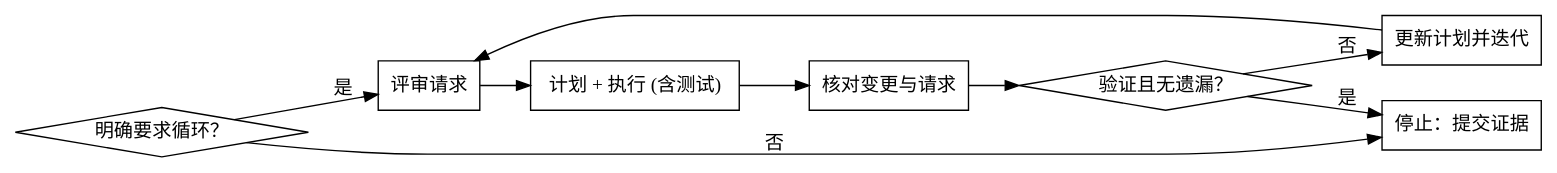
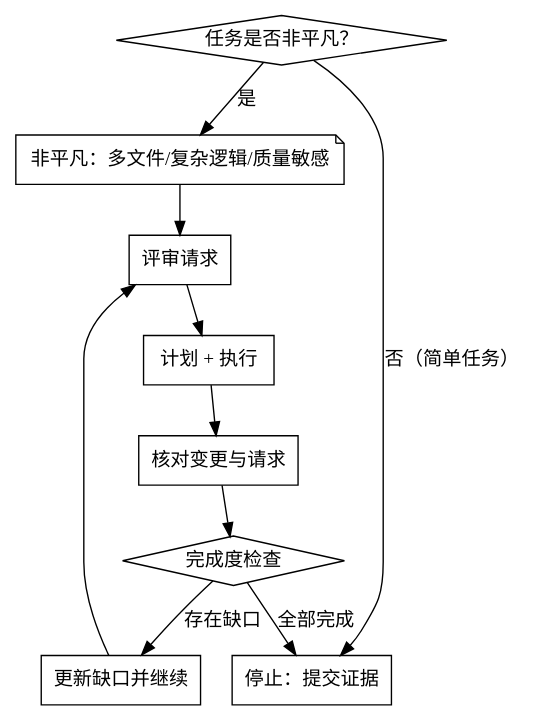
The diagram in skills/loop-until-done/SKILL.md (dacheng-gao/ai), drawn with Graphviz before and after one commit. The commit also changed other lines of this file, not shown here.

````diff
--- a/skills/loop-until-done/SKILL.md
+++ b/skills/loop-until-done/SKILL.md
@@ -22,19 +38,20 @@
 ```dot
 digraph loop_until_done {
-    rankdir=LR;
-    start [label="明确要求循环？", shape=diamond];
+    rankdir=TB;
+    start [label="任务是否非平凡？", shape=diamond];
+    note [label="非平凡：多文件/复杂逻辑/质量敏感", shape=note];
     review [label="评审请求", shape=box];
-    plan [label="计划 + 执行 (含测试)", shape=box];
+    plan [label="计划 + 执行", shape=box];
     check [label="核对变更与请求", shape=box];
-    verify [label="验证且无遗漏？", shape=diamond];
+    decision [label="完成度检查", shape=diamond];
     stop [label="停止：提交证据", shape=box];
-    iterate [label="更新计划并迭代", shape=box];
+    iterate [label="更新缺口并继续", shape=box];
 
-    start -> review [label="是"];
-    start -> stop [label="否"];
-    review -> plan -> check -> verify;
-    verify -> stop [label="是"];
-    verify -> iterate [label="否"];
+    start -> note [label="是"];
+    start -> stop [label="否（简单任务）"];
+    note -> review -> plan -> check -> decision;
+    decision -> stop [label="全部完成"];
+    decision -> iterate [label="存在缺口"];
     iterate -> review;
 }
 ```
````
